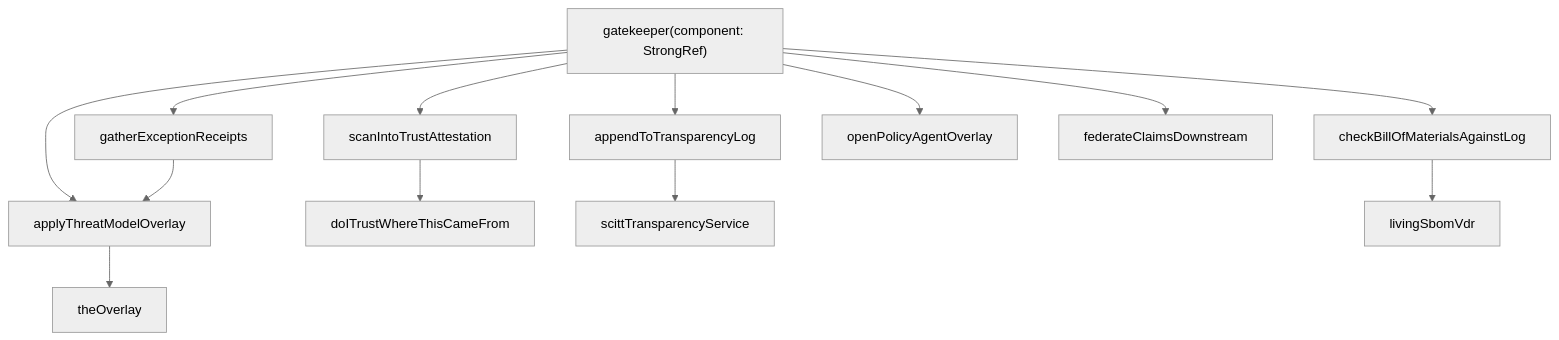
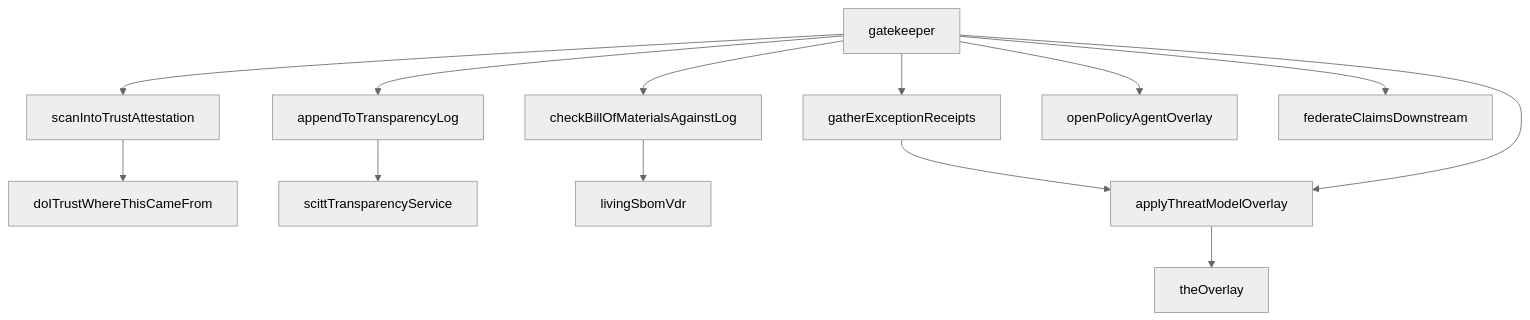
The fourth of 9 diagrams in ARCHITECTURE_REPORT.md (publicdomainrelay/open-architecture), drawn with Mermaid (neutral theme) before and after one commit. The commit also changed other lines of this file and 4 other files, not shown here.

````diff
--- a/ARCHITECTURE_REPORT.md
+++ b/ARCHITECTURE_REPORT.md
@@ -230,16 +244,15 @@
 ```mermaid
 graph TD
-  gatekeeper["gatekeeper(component: StrongRef)"]
-  gatekeeper --> sita[scanIntoTrustAttestation]
-  gatekeeper --> attl[appendToTransparencyLog]
-  gatekeeper --> cbml[checkBillOfMaterialsAgainstLog]
-  gatekeeper --> ger[gatherExceptionReceipts]
-  gatekeeper --> opao[openPolicyAgentOverlay]
-  gatekeeper --> atmo[applyThreatModelOverlay]
-  gatekeeper --> fcd[federateClaimsDownstream]
-  sita --> doITrustWhereThisCameFrom
-  attl --> scittTransparencyService
-  cbml --> lsv[livingSbomVdr]
-  ger --> atmo
-  atmo --> theOverlay
+  gatekeeper --> scanIntoTrustAttestation
+  scanIntoTrustAttestation --> doITrustWhereThisCameFrom
+  gatekeeper --> appendToTransparencyLog
+  appendToTransparencyLog --> scittTransparencyService
+  gatekeeper --> checkBillOfMaterialsAgainstLog
+  checkBillOfMaterialsAgainstLog --> livingSbomVdr
+  gatekeeper --> gatherExceptionReceipts
+  gatherExceptionReceipts --> applyThreatModelOverlay
+  gatekeeper --> openPolicyAgentOverlay
+  gatekeeper --> applyThreatModelOverlay
+  applyThreatModelOverlay --> theOverlay
+  gatekeeper --> federateClaimsDownstream
 ```
````
